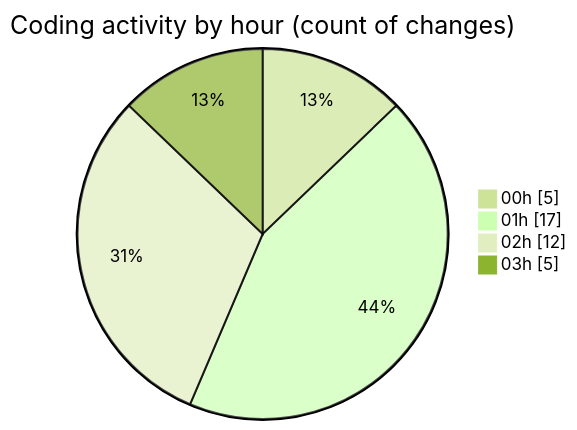
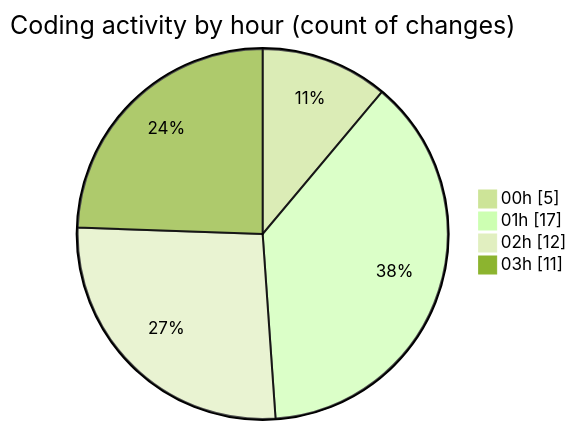
One commit to EIIisD/code-tracking changed the second of 2 diagrams in 2025-08-04/tw-server/README.md. Above: the diagram before and after it, drawn with Mermaid (forest theme). The commit also changed other lines of this file and 1 other file, not shown here.

````diff
--- a/2025-08-04/tw-server/README.md
+++ b/2025-08-04/tw-server/README.md
@@ -31,8 +34,8 @@
 ```mermaid
 pie showData
 title Coding activity by hour (count of changes)
 "00h" : 5
 "01h" : 17
 "02h" : 12
-"03h" : 5
+"03h" : 11
 ```
````
